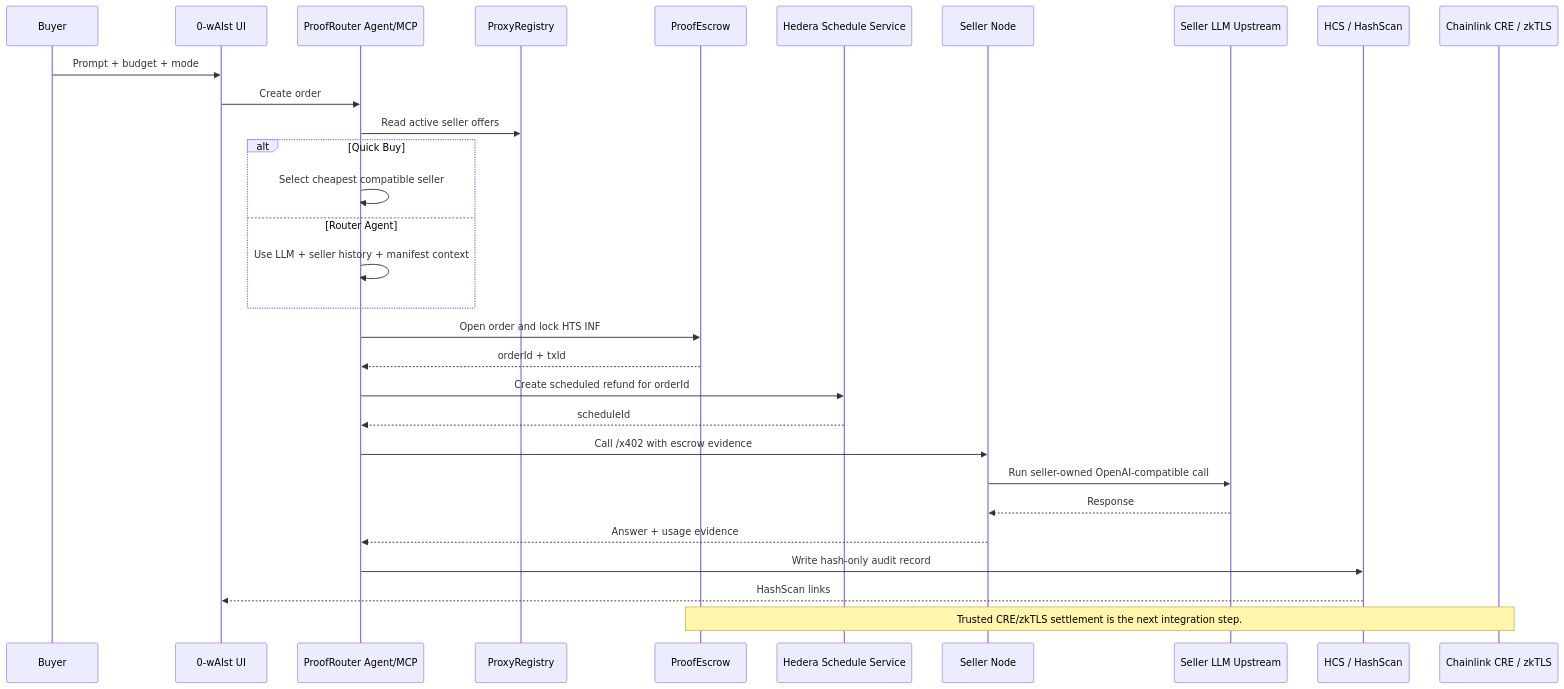
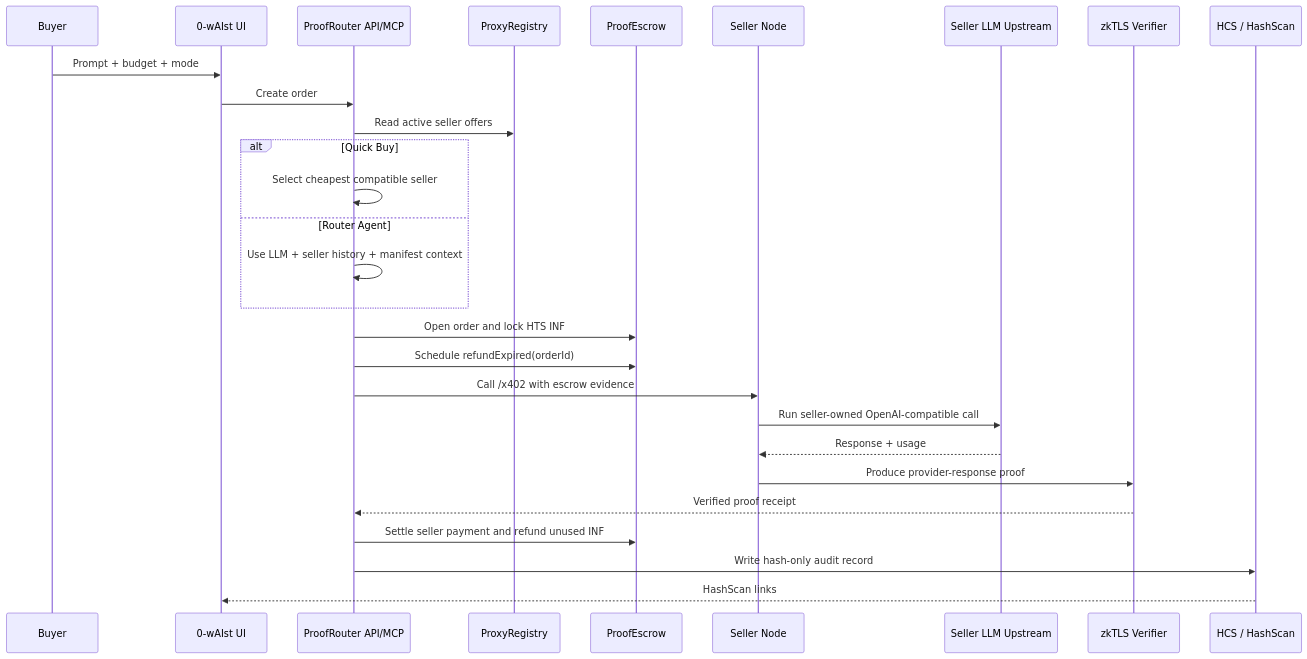
One commit to kirilligum/0-wAIst-hack-ethglobal-nyc-26 changed the second of 2 diagrams in README.md. Above: the diagram before and after it, drawn with Mermaid. The commit also changed other lines of this file and 1 other file, not shown here.

````diff
--- a/README.md
+++ b/README.md
@@ -62,33 +39,31 @@
 ```mermaid
 sequenceDiagram
     participant Buyer
     participant UI as 0-wAIst UI
-    participant Router as ProofRouter Agent/MCP
+    participant Router as ProofRouter API/MCP
     participant Registry as ProxyRegistry
     participant Escrow as ProofEscrow
-    participant Schedule as Hedera Schedule Service
     participant Seller as Seller Node
     participant LLM as Seller LLM Upstream
+    participant ZK as zkTLS Verifier
     participant Audit as HCS / HashScan
-    participant CRE as Chainlink CRE / zkTLS
 
     Buyer->>UI: Prompt + budget + mode
     UI->>Router: Create order
     Router->>Registry: Read active seller offers
     alt Quick Buy
         Router->>Router: Select cheapest compatible seller
     else Router Agent
         Router->>Router: Use LLM + seller history + manifest context
     end
     Router->>Escrow: Open order and lock HTS INF
-    Escrow-->>Router: orderId + txId
-    Router->>Schedule: Create scheduled refund for orderId
-    Schedule-->>Router: scheduleId
+    Router->>Escrow: Schedule refundExpired(orderId)
     Router->>Seller: Call /x402 with escrow evidence
     Seller->>LLM: Run seller-owned OpenAI-compatible call
-    LLM-->>Seller: Response
-    Seller-->>Router: Answer + usage evidence
+    LLM-->>Seller: Response + usage
+    Seller->>ZK: Produce provider-response proof
+    ZK-->>Router: Verified proof receipt
+    Router->>Escrow: Settle seller payment and refund unused INF
     Router->>Audit: Write hash-only audit record
     Audit-->>UI: HashScan links
-    Note over CRE,Escrow: Trusted CRE/zkTLS settlement is the next integration step.
 ```
````
